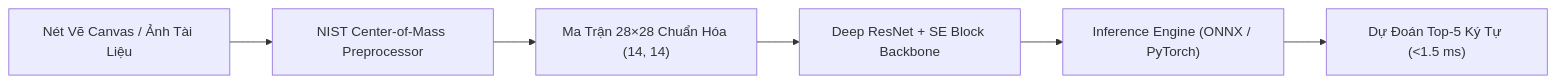
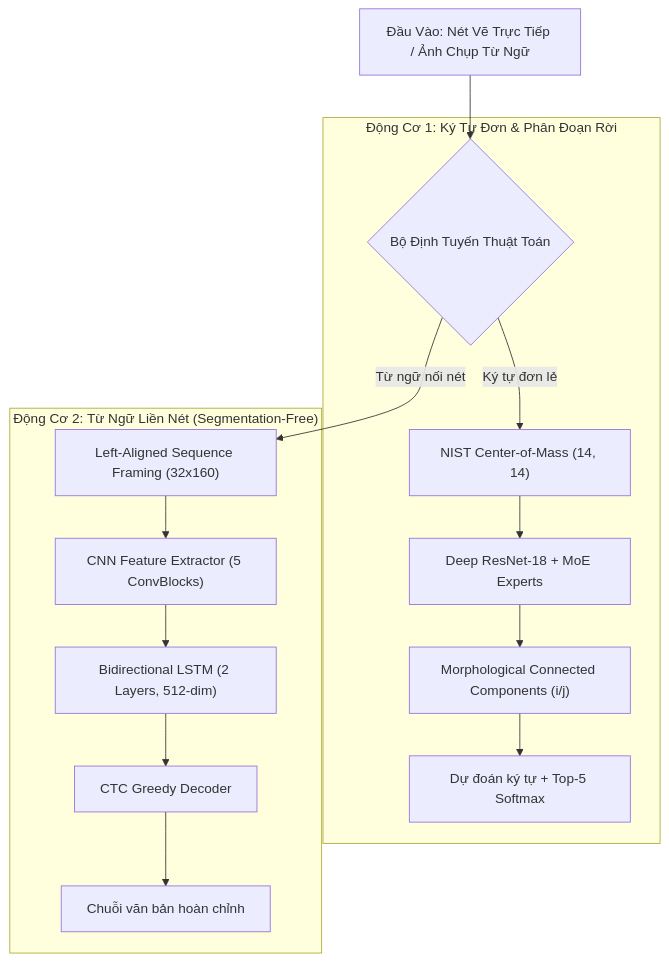
The diagram in README.md (conheo-map/HandwritingAI), drawn with Mermaid before and after one commit. The commit also changed other lines of this file and 5 other files, not shown here.

````diff
--- a/README.md
+++ b/README.md
@@ -18,8 +18,19 @@
 ```mermaid
-flowchart LR
-    A["Nét Vẽ Canvas / Ảnh Tài Liệu"] --> B["NIST Center-of-Mass Preprocessor"]
-    B --> C["Ma Trận 28×28 Chuẩn Hóa (14, 14)"]
-    C --> D["Deep ResNet + SE Block Backbone"]
-    D --> E["Inference Engine (ONNX / PyTorch)"]
-    E --> F["Dự Đoán Top-5 Ký Tự (<1.5 ms)"]
+flowchart TD
+    Input["Đầu Vào: Nét Vẽ Trực Tiếp / Ảnh Chụp Từ Ngữ"] --> Router{"Bộ Định Tuyến Thuật Toán"}
+    
+    subgraph Engine1 ["Động Cơ 1: Ký Tự Đơn & Phân Đoạn Rời"]
+        Router -->|"Ký tự đơn lẻ"| PreNIST["NIST Center-of-Mass (14, 14)"]
+        PreNIST --> ResNet["Deep ResNet-18 + MoE Experts"]
+        ResNet --> DottedRefine["Morphological Connected Components (i/j)"]
+        DottedRefine --> Out1["Dự đoán ký tự + Top-5 Softmax"]
+    end
+
+    subgraph Engine2 ["Động Cơ 2: Từ Ngữ Liền Nét (Segmentation-Free)"]
+        Router -->|"Từ ngữ nối nét"| PreCRNN["Left-Aligned Sequence Framing (32x160)"]
+        PreCRNN --> CNN["CNN Feature Extractor (5 ConvBlocks)"]
+        CNN --> BiLSTM["Bidirectional LSTM (2 Layers, 512-dim)"]
+        BiLSTM --> CTC["CTC Greedy Decoder"]
+        CTC --> Out2["Chuỗi văn bản hoàn chỉnh"]
+    end
 ```
````
